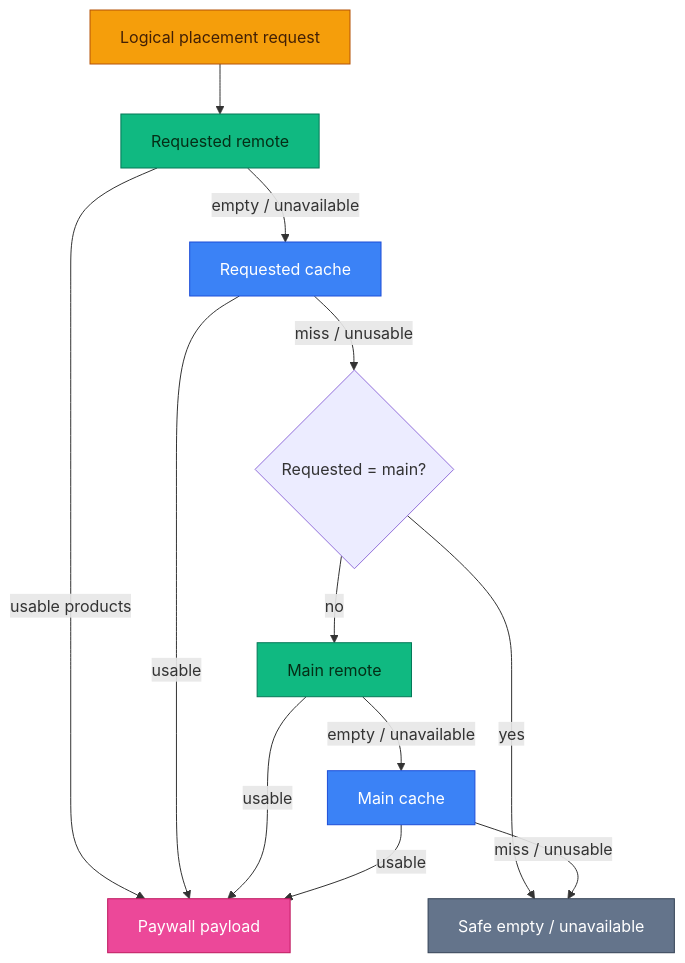
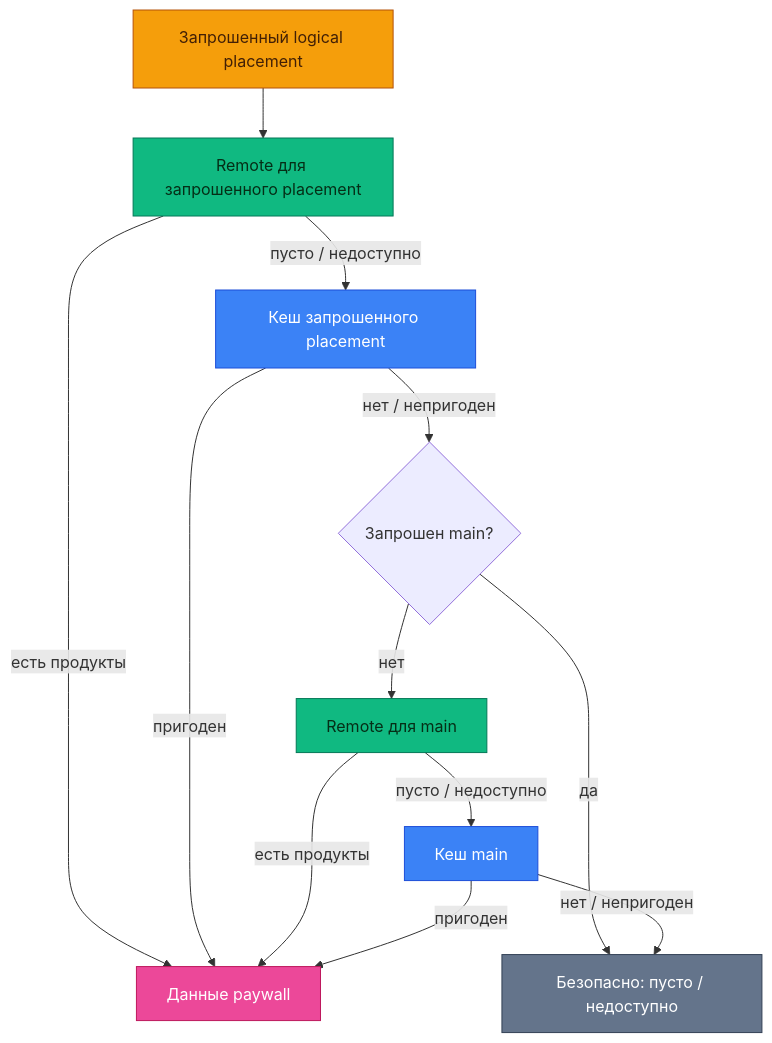
One commit to BroadApps-official/broad-platform-integration changed the diagram in Documentation/Diagrams/paywall-fallback.mmd. Above: the diagram before and after it, drawn with Mermaid. The commit also changed 27 other files, not shown here.

```diff
--- a/Documentation/Diagrams/paywall-fallback.mmd
+++ b/Documentation/Diagrams/paywall-fallback.mmd
@@ -1,20 +1,20 @@
 flowchart TD
-    Request["Logical placement request"] --> RequestedRemote["Requested remote"]
-    RequestedRemote -->|"usable products"| Result["Paywall payload"]
-    RequestedRemote -->|"empty / unavailable"| RequestedCache["Requested cache"]
-    RequestedCache -->|"usable"| Result
-    RequestedCache -->|"miss / unusable"| IsMain{"Requested = main?"}
-    IsMain -->|"yes"| Safe["Safe empty / unavailable"]
-    IsMain -->|"no"| MainRemote["Main remote"]
-    MainRemote -->|"usable"| Result
-    MainRemote -->|"empty / unavailable"| MainCache["Main cache"]
-    MainCache -->|"usable"| Result
-    MainCache -->|"miss / unusable"| Safe
+    Request["Запрошенный logical placement"] --> RequestedRemote["Remote для запрошенного placement"]
+    RequestedRemote -->|"есть продукты"| Result["Данные paywall"]
+    RequestedRemote -->|"пусто / недоступно"| RequestedCache["Кеш запрошенного placement"]
+    RequestedCache -->|"пригоден"| Result
+    RequestedCache -->|"нет / непригоден"| IsMain{"Запрошен main?"}
+    IsMain -->|"да"| Safe["Безопасно: пусто / недоступно"]
+    IsMain -->|"нет"| MainRemote["Remote для main"]
+    MainRemote -->|"есть продукты"| Result
+    MainRemote -->|"пусто / недоступно"| MainCache["Кеш main"]
+    MainCache -->|"пригоден"| Result
+    MainCache -->|"нет / непригоден"| Safe
 
     style Request fill:#F59E0B,color:#422006,stroke:#B45309
     style RequestedRemote fill:#10B981,color:#052E16,stroke:#047857
     style RequestedCache fill:#3B82F6,color:#FFFFFF,stroke:#1D4ED8
     style MainRemote fill:#10B981,color:#052E16,stroke:#047857
     style MainCache fill:#3B82F6,color:#FFFFFF,stroke:#1D4ED8
     style Result fill:#EC4899,color:#FFFFFF,stroke:#BE185D
     style Safe fill:#64748B,color:#FFFFFF,stroke:#334155
```
